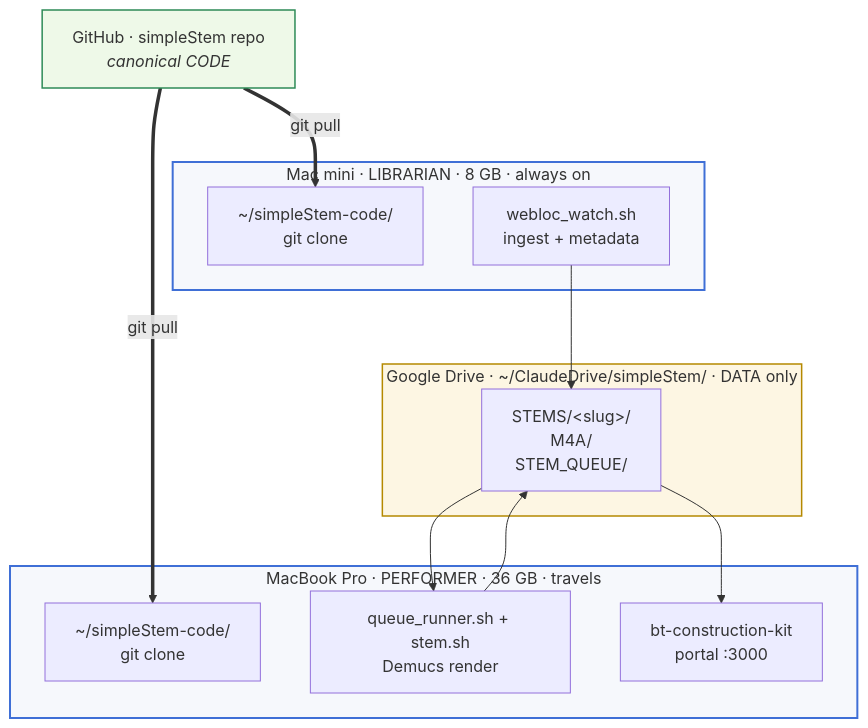
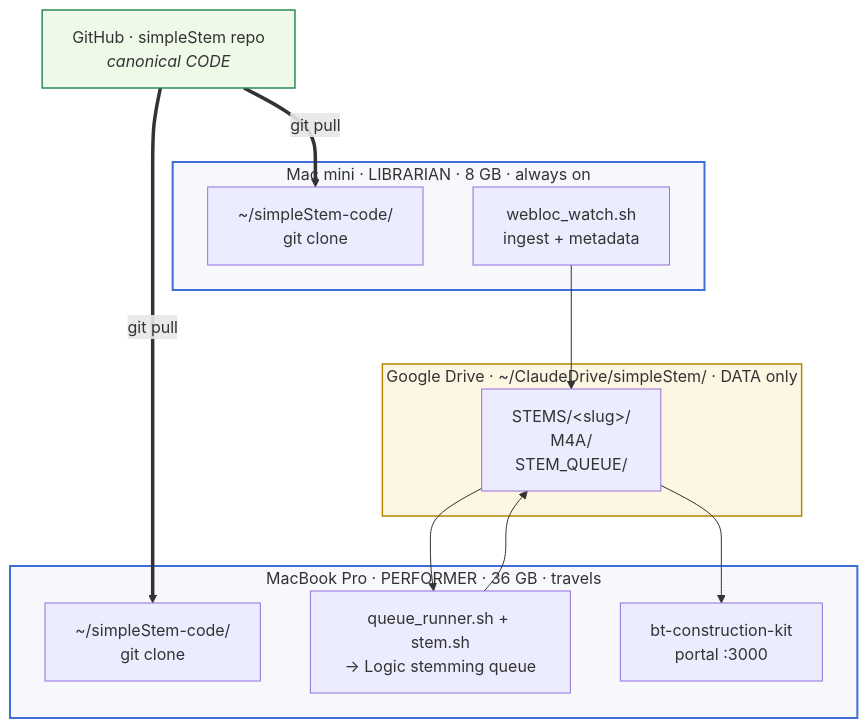
The diagram in README.md (williambnorton/simpleStem), drawn with Mermaid before and after one commit. The commit also changed other lines of this file and 128 other files, not shown here.

````diff
--- a/README.md
+++ b/README.md
@@ -20,33 +20,33 @@
 ```mermaid
 flowchart TB
     GH["GitHub · simpleStem repo<br/><i>canonical CODE</i>"]
 
     subgraph MINI["Mac mini · LIBRARIAN · 8 GB · always on"]
       MC["~/simpleStem-code/<br/>git clone"]
       WW["webloc_watch.sh<br/>ingest + metadata"]
     end
 
     subgraph LAPTOP["MacBook Pro · PERFORMER · 36 GB · travels"]
       LC["~/simpleStem-code/<br/>git clone"]
-      QR["queue_runner.sh + stem.sh<br/>Demucs render"]
+      QR["queue_runner.sh + stem.sh<br/>→ Logic stemming queue"]
       PORTAL["bt-construction-kit<br/>portal :3000"]
     end
 
     subgraph DRIVE["Google Drive · ~/ClaudeDrive/simpleStem/ · DATA only"]
       STEMS["STEMS/&lt;slug&gt;/<br/>M4A/<br/>STEM_QUEUE/"]
     end
 
     GH ==git pull==> MC
     GH ==git pull==> LC
     WW --> STEMS
     STEMS --> QR
     QR --> STEMS
     STEMS --> PORTAL
 
     classDef machine fill:#f6f8fc,stroke:#3f6fd6,stroke-width:2px;
     classDef data fill:#fdf6e3,stroke:#b58900,stroke-width:1.5px;
     classDef code fill:#eef9e8,stroke:#2e8b57,stroke-width:1.5px;
     class MINI,LAPTOP machine;
     class DRIVE data;
     class GH code;
 ```
````
